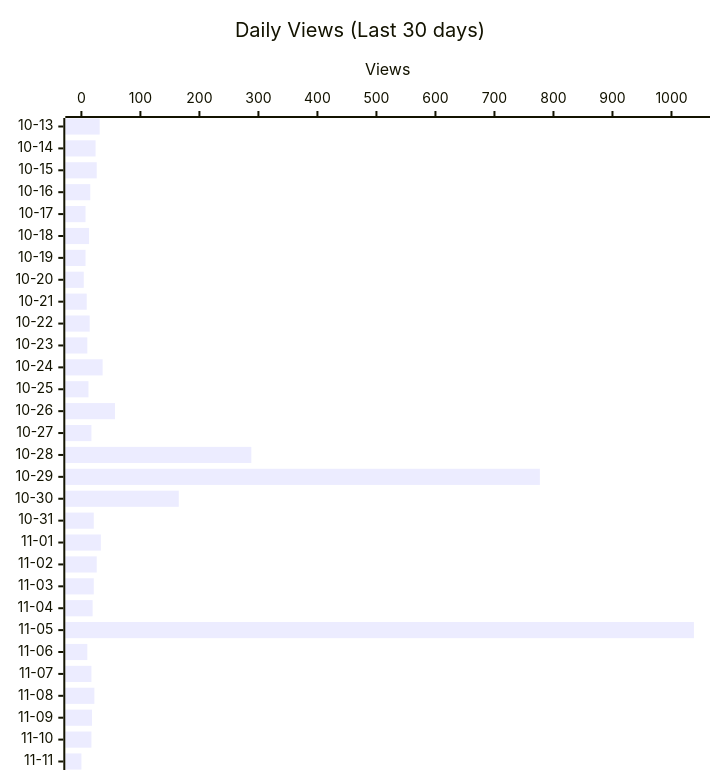
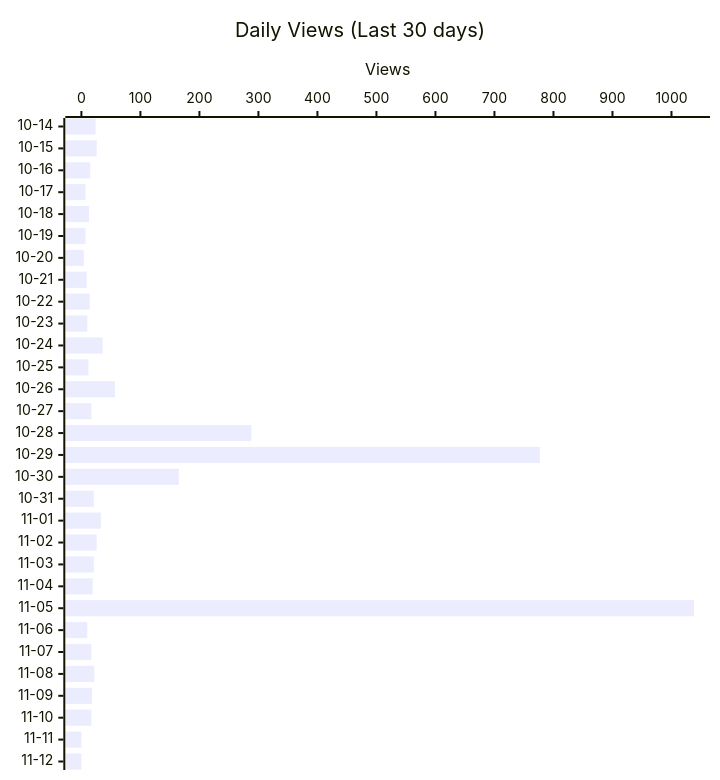
One commit to shigechika/github-insights changed the second of 4 diagrams in README.md. Above: the diagram before and after it, drawn with Mermaid. The commit also changed other lines of this file and 1 other file, not shown here.

````diff
--- a/README.md
+++ b/README.md
@@ -28,12 +28,12 @@
 ```mermaid
 ---
 config:
   xyChart:
     height: 760
 ---
 xychart-beta horizontal
     title "Daily Views (Last 30 days)"
-    x-axis ["10-13", "10-14", "10-15", "10-16", "10-17", "10-18", "10-19", "10-20", "10-21", "10-22", "10-23", "10-24", "10-25", "10-26", "10-27", "10-28", "10-29", "10-30", "10-31", "11-01", "11-02", "11-03", "11-04", "11-05", "11-06", "11-07", "11-08", "11-09", "11-10", "11-11"]
+    x-axis ["10-14", "10-15", "10-16", "10-17", "10-18", "10-19", "10-20", "10-21", "10-22", "10-23", "10-24", "10-25", "10-26", "10-27", "10-28", "10-29", "10-30", "10-31", "11-01", "11-02", "11-03", "11-04", "11-05", "11-06", "11-07", "11-08", "11-09", "11-10", "11-11", "11-12"]
     y-axis "Views"
-    bar [31, 24, 26, 15, 7, 13, 7, 4, 9, 14, 10, 36, 12, 57, 17, 288, 777, 165, 21, 33, 26, 21, 19, 1038, 10, 17, 22, 18, 17, 0]
+    bar [24, 26, 15, 7, 13, 7, 4, 9, 14, 10, 36, 12, 57, 17, 288, 777, 165, 21, 33, 26, 21, 19, 1038, 10, 17, 22, 18, 17, 0, 0]
 ```
````
